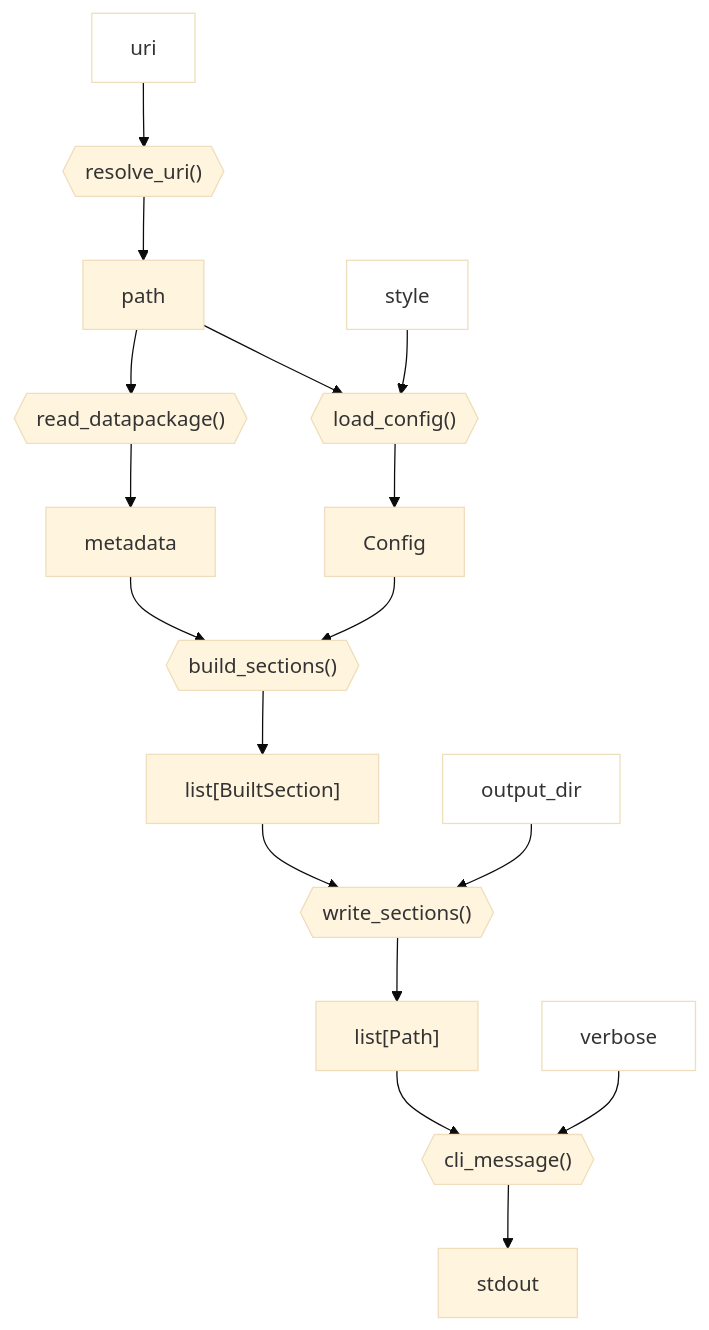
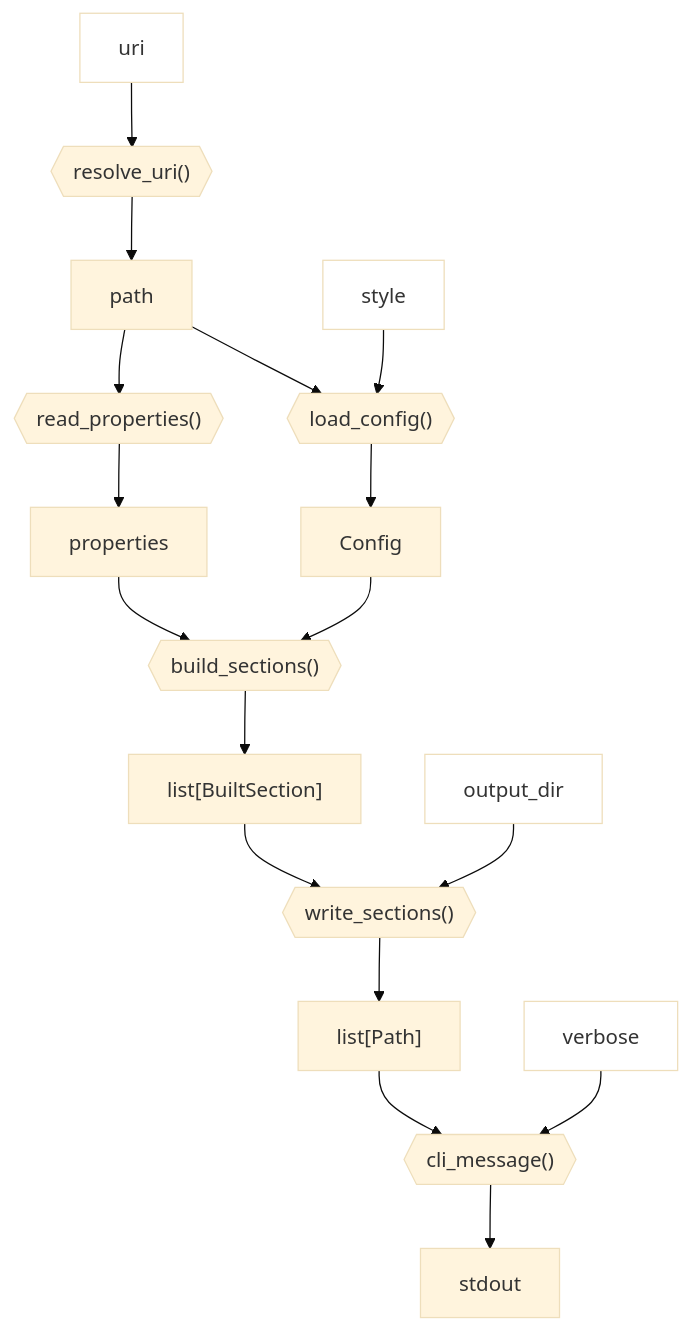
Before and after one commit to seedcase-project/seedcase-flower: the diagram in docs/design/interface/python.qmd, drawn with Mermaid (base theme). The commit also changed other lines of this file and 2 other files, not shown here.

Commit message:
docs: :building_construction: explain about using Sprout `read_properties()`

````diff
--- a/docs/design/interface/python.qmd
+++ b/docs/design/interface/python.qmd
@@ -57,17 +78,17 @@
 ```{mermaid}
 %%| label: fig-python-build-flow
 %%| fig-cap: "Diagram of the internal flow of functions and objects in the `build()` CLI function."
 flowchart TD
     uri:::input --> resolve_uri{{"resolve_uri()"}} --> path
     path --> load_config{{"load_config()"}} --> Config
     style_cfg[style]:::input --> load_config
-    path --> read_dp{{"read_datapackage()"}} --> metadata
-    metadata & Config --> build_sections{{"build_sections()"}} --> output["list[BuiltSection]"]
+    path --> read_properties{{"read_properties()"}} --> properties
+    properties & Config --> build_sections{{"build_sections()"}} --> output["list[BuiltSection]"]
     output --> write_sections{{"write_sections()"}}
     output_dir:::input --> write_sections
     write_sections --> files["list[Path]"]
     files --> cli_message{{"cli_message()"}} --> stdout
     verbose:::input --> cli_message
 
     classDef input fill:#FFF
 ```
````
